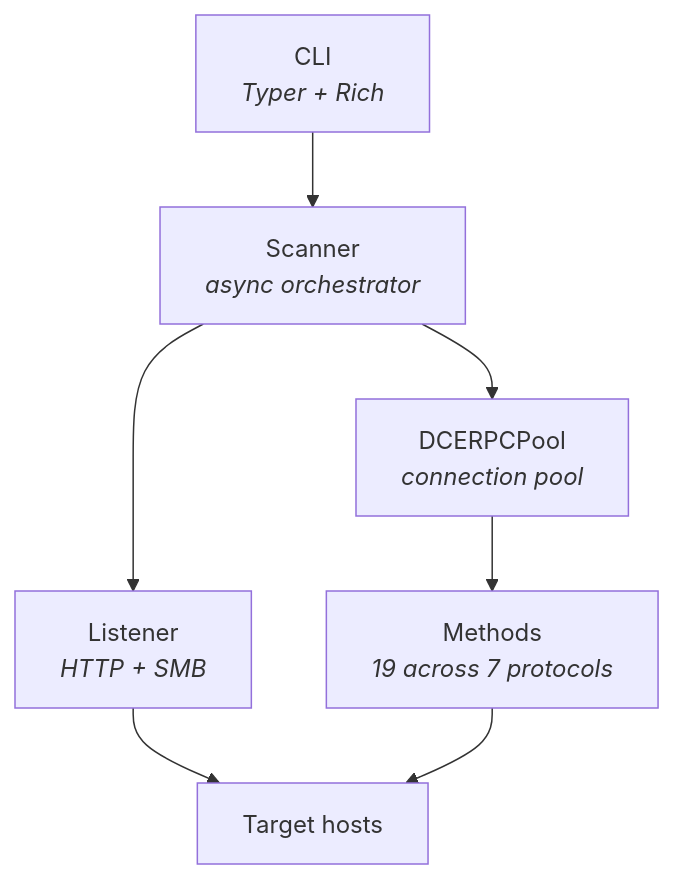
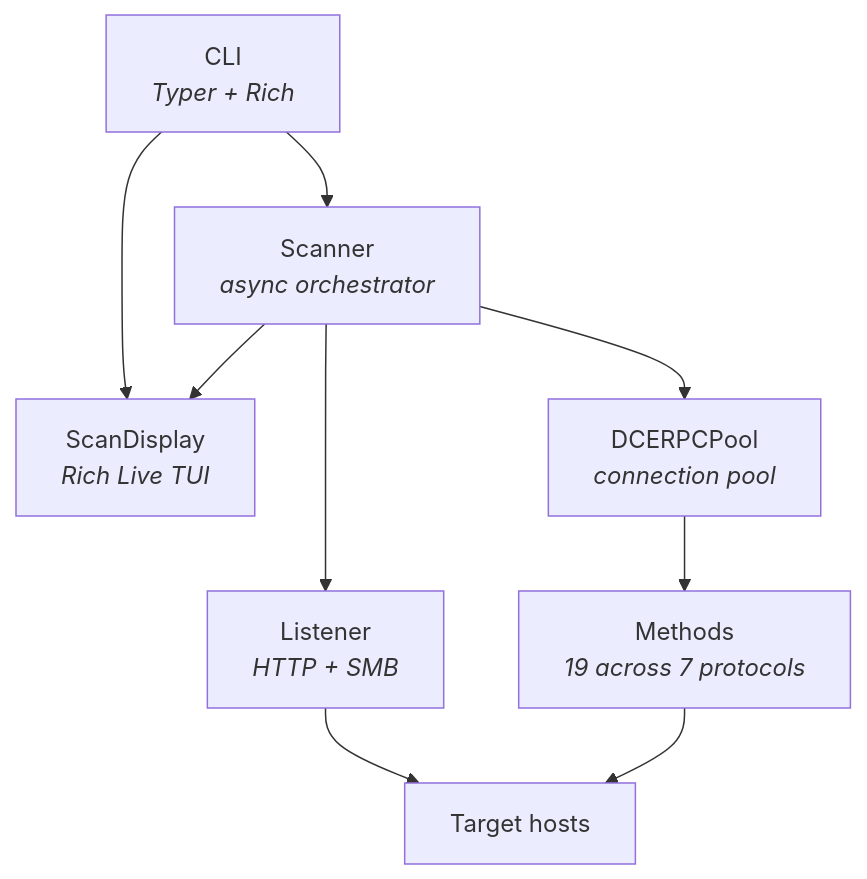
The diagram in README.md (nonsleepr/coercex), drawn with Mermaid before and after one commit. The commit also changed other lines of this file and 2 other files, not shown here.

````diff
--- a/README.md
+++ b/README.md
@@ -202,16 +221,19 @@
 ```mermaid
 graph TD
     CLI["CLI<br/><i>Typer + Rich</i>"]
+    Display["ScanDisplay<br/><i>Rich Live TUI</i>"]
     Scanner["Scanner<br/><i>async orchestrator</i>"]
     Pool["DCERPCPool<br/><i>connection pool</i>"]
     Listener["Listener<br/><i>HTTP + SMB</i>"]
     Methods["Methods<br/><i>19 across 7 protocols</i>"]
     Targets["Target hosts"]
 
     CLI --> Scanner
+    CLI --> Display
+    Scanner --> Display
     Scanner --> Pool
     Scanner --> Listener
     Pool --> Methods
     Listener --> Targets
     Methods --> Targets
 ```
````
